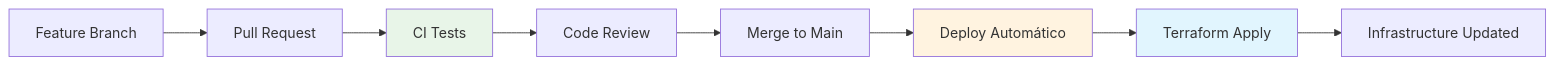
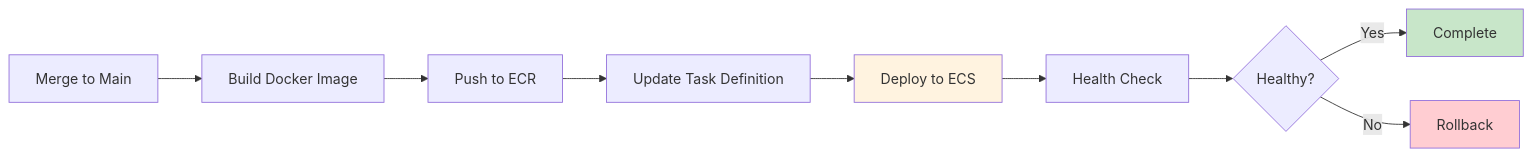
Before and after one commit to FIAP-Tech-Challange/.github: the fifth of 7 diagrams in profile/README.md, drawn with Mermaid. The commit also changed other lines of this file, not shown here.

````diff
--- a/profile/README.md
+++ b/profile/README.md
@@ -191,14 +390,15 @@
 ```mermaid
 graph LR
-    A[Feature Branch] --> B[Pull Request]
-    B --> C[CI Tests]
-    C --> D[Code Review]
-    D --> E[Merge to Main]
-    E --> F[Deploy Automático]
-    F --> G[Terraform Apply]
-    G --> H[Infrastructure Updated]
+    A[Merge to Main] --> B[Build Docker Image]
+    B --> C[Push to ECR]
+    C --> D[Update Task Definition]
+    D --> E[Deploy to ECS]
+    E --> F[Health Check]
+    F --> G{Healthy?}
+    G -->|Yes| H[Complete]
+    G -->|No| I[Rollback]
 
-    style C fill:#e8f5e8
-    style F fill:#fff3e0
-    style G fill:#e1f5fe
+    style E fill:#fff3e0
+    style H fill:#c8e6c9
+    style I fill:#ffcdd2
 ```
````
